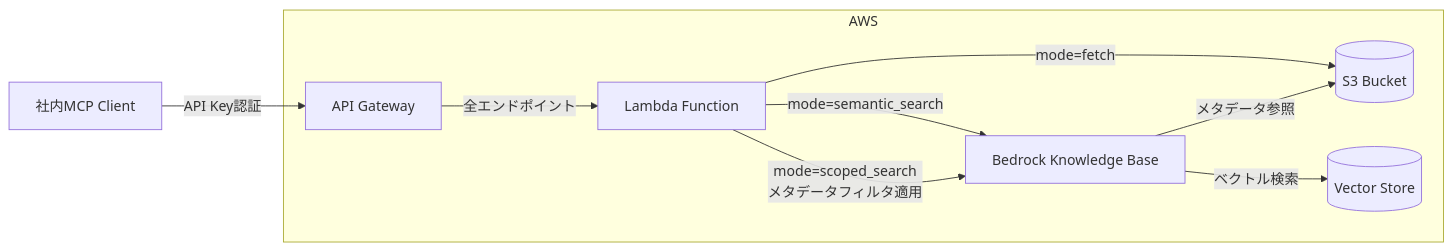
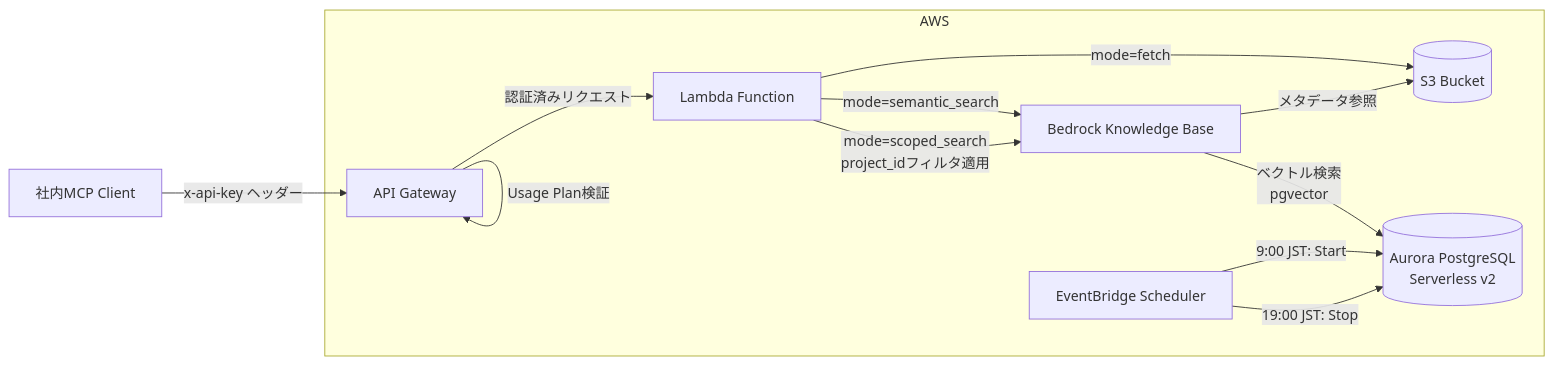
One commit to HatoriIchigo/repo-bridge-mcp-infra changed the first of 5 diagrams in docs/design.md. Above: the diagram before and after it, drawn with Mermaid. The commit also changed other lines of this file and 1 other file, not shown here.

````diff
--- a/docs/design.md
+++ b/docs/design.md
@@ -13,20 +13,25 @@
 ```mermaid
 graph LR
-    MCP[社内MCP Client] -->|API Key認証| APIGW[API Gateway]
-    APIGW -->|全エンドポイント| Lambda[Lambda Function]
+    MCP[社内MCP Client] -->|x-api-key ヘッダー| APIGW[API Gateway]
+    APIGW -->|Usage Plan検証| APIGW
+    APIGW -->|認証済みリクエスト| Lambda[Lambda Function]
 
     Lambda -->|mode=semantic_search| KB[Bedrock Knowledge Base]
-    Lambda -->|mode=scoped_search<br/>メタデータフィルタ適用| KB
+    Lambda -->|mode=scoped_search<br/>project_idフィルタ適用| KB
     Lambda -->|mode=fetch| S3Data[(S3 Bucket)]
 
-    KB -->|ベクトル検索| VectorDB[(Vector Store)]
+    KB -->|ベクトル検索<br/>pgvector| Aurora[(Aurora PostgreSQL<br/>Serverless v2)]
     KB -->|メタデータ参照| S3Data
+
+    EventBridge[EventBridge Scheduler] -->|9:00 JST: Start| Aurora
+    EventBridge -->|19:00 JST: Stop| Aurora
 
     subgraph AWS
         APIGW
         Lambda
         KB
-        VectorDB
+        Aurora
         S3Data
+        EventBridge
     end
 ```
````
